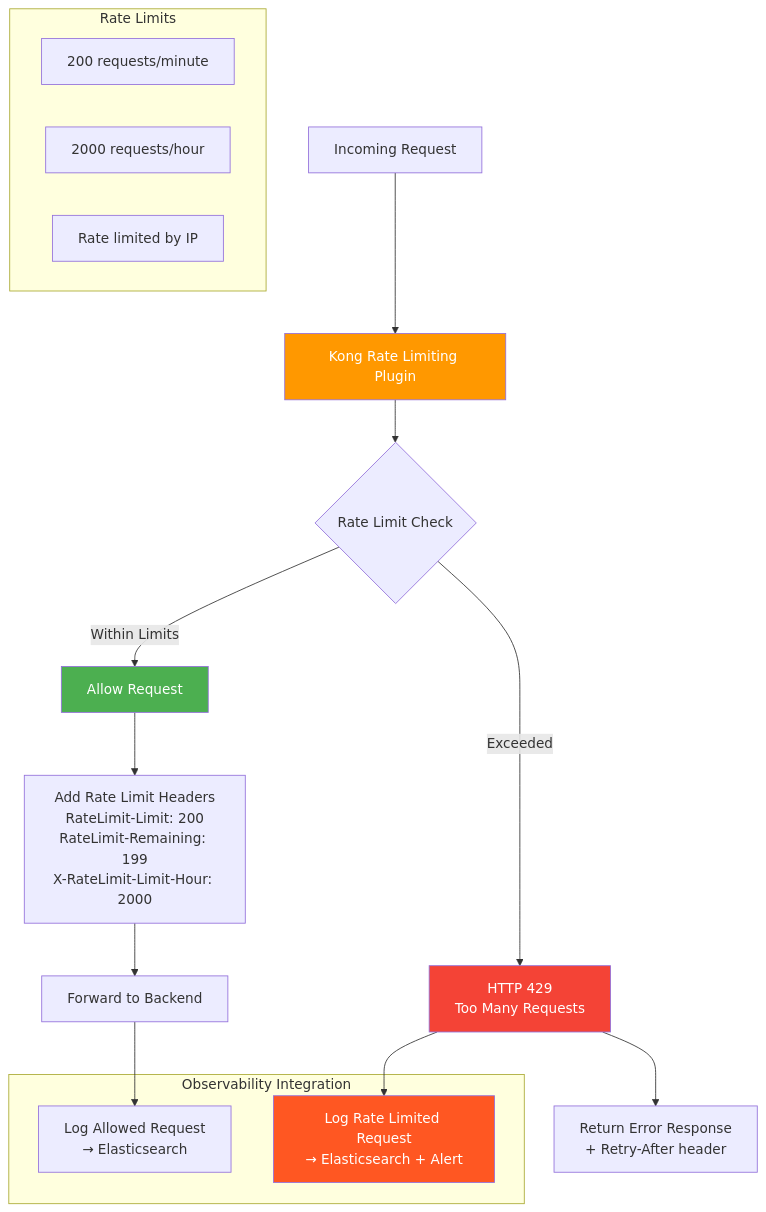
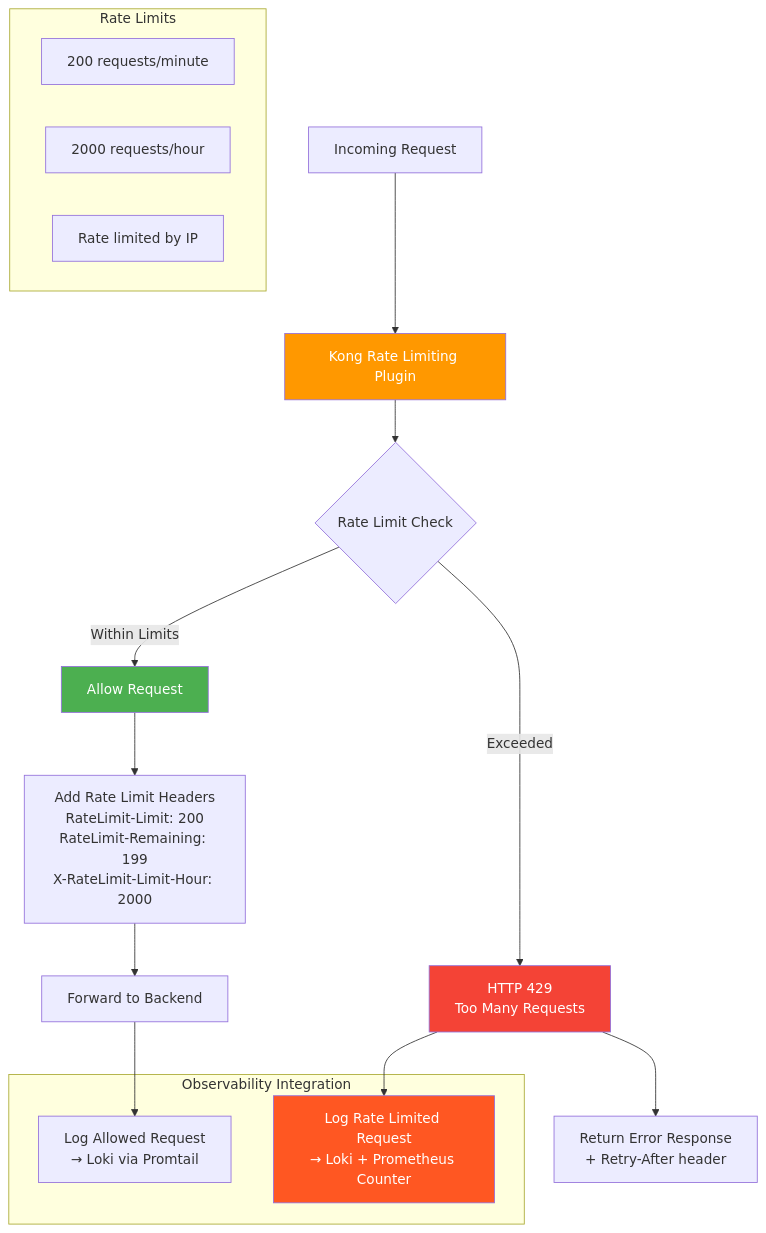
The sixth of 6 diagrams in README.md (kyo1506/tec-challenge-fase-1), drawn with Mermaid before and after one commit. The commit also changed other lines of this file and 7 other files, not shown here.

First line of the commit message:
refactor: Update observability stack to use Prometheus, Loki, Tempo, and Grafana

````diff
--- a/README.md
+++ b/README.md
@@ -317,31 +376,31 @@
 ```mermaid
 flowchart TD
     REQUEST[Incoming Request] --> KONG_RL[Kong Rate Limiting Plugin]
     KONG_RL --> RL_CHECK{Rate Limit Check}
     
     RL_CHECK -->|Within Limits| ALLOW[Allow Request]
     RL_CHECK -->|Exceeded| DENY[HTTP 429<br/>Too Many Requests]
     
     ALLOW --> HEADERS[Add Rate Limit Headers<br/>RateLimit-Limit: 200<br/>RateLimit-Remaining: 199<br/>X-RateLimit-Limit-Hour: 2000]
     
     subgraph "Rate Limits"
         PER_MIN[200 requests/minute]
         PER_HOUR[2000 requests/hour]
         BY_IP[Rate limited by IP]
     end
     
     subgraph "Observability Integration"
-        LOG_ALLOW[Log Allowed Request<br/>→ Elasticsearch]
-        LOG_DENY[Log Rate Limited Request<br/>→ Elasticsearch + Alert]
+        LOG_ALLOW[Log Allowed Request<br/>→ Loki via Promtail]
+        LOG_DENY[Log Rate Limited Request<br/>→ Loki + Prometheus Counter]
     end
     
     HEADERS --> FORWARD[Forward to Backend]
     FORWARD --> LOG_ALLOW
     DENY --> LOG_DENY
     DENY --> RESPONSE[Return Error Response<br/>+ Retry-After header]
     
     style DENY fill:#f44336,color:#fff
     style ALLOW fill:#4caf50,color:#fff
     style KONG_RL fill:#ff9800,color:#fff
     style LOG_DENY fill:#ff5722,color:#fff
 ```
````
